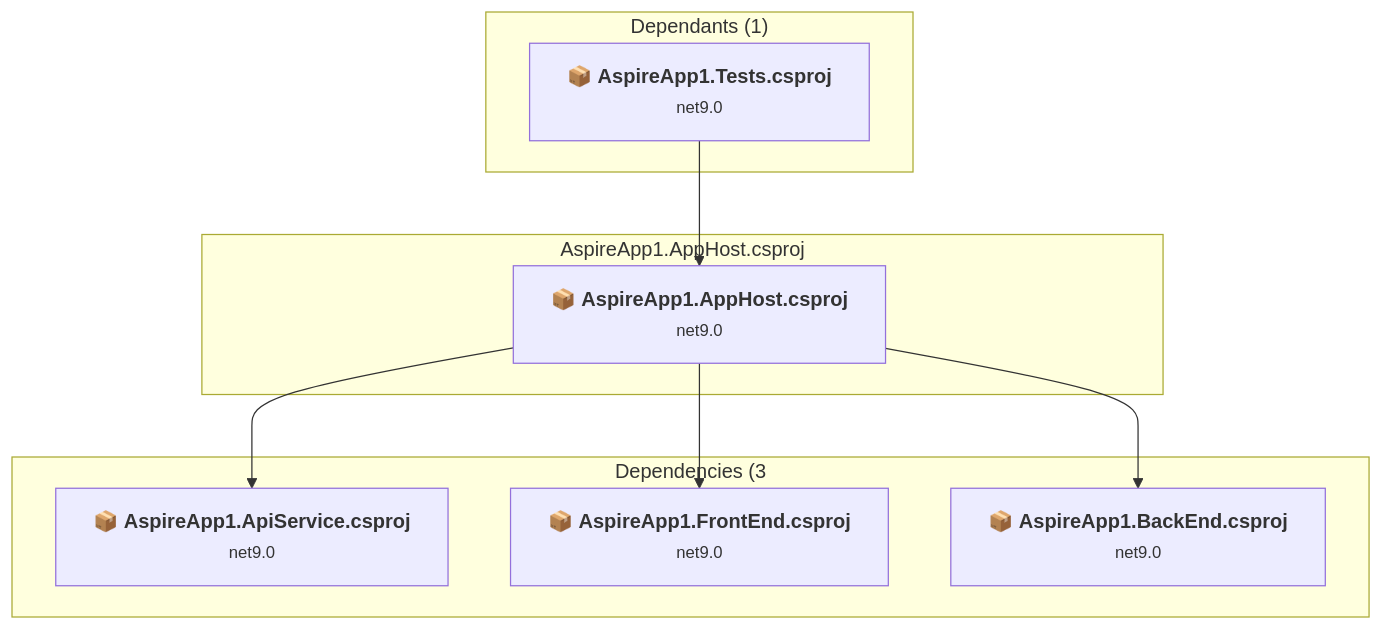
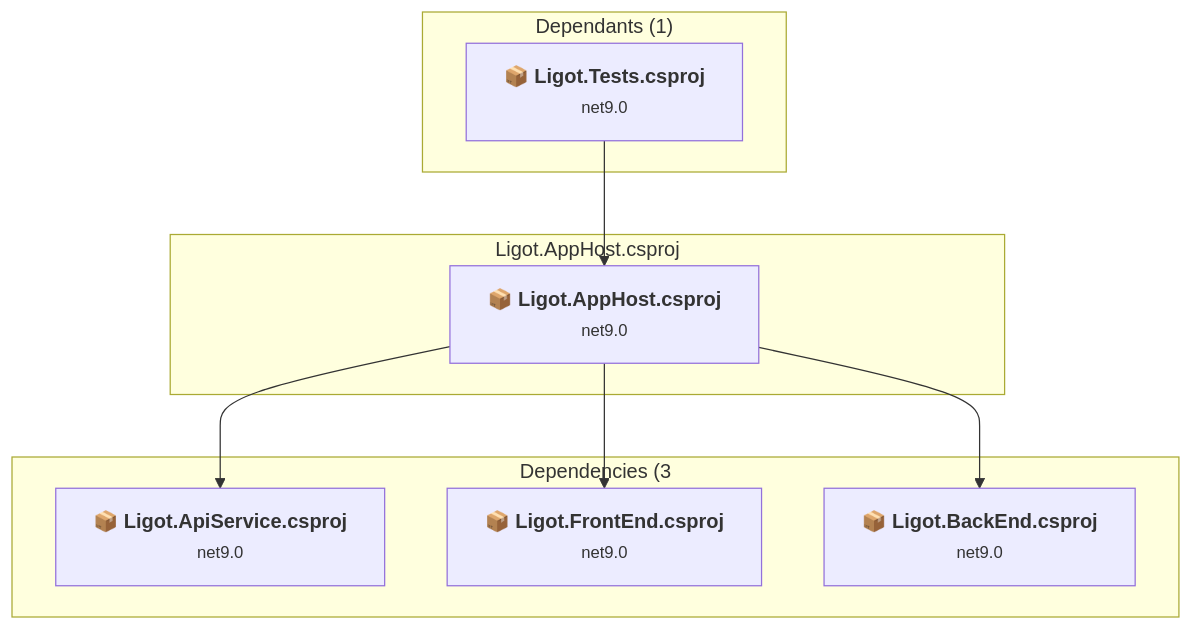
The third of 7 diagrams in .github/upgrades/assessment.md (TomizawaAtLogit/MyCRM), drawn with Mermaid before and after one commit. The commit also changed other lines of this file and 559 other files, not shown here.

Commit message:
Rename AspireApp1 → Ligot: projects, namespaces, solution, docs

````diff
--- a/.github/upgrades/assessment.md
+++ b/.github/upgrades/assessment.md
@@ -216,24 +216,24 @@
 ```mermaid
 flowchart TB
     subgraph upstream["Dependants (1)"]
-        P5["<b>📦&nbsp;AspireApp1.Tests.csproj</b><br/><small>net9.0</small>"]
-        click P5 "#aspireapp1testsaspireapp1testscsproj"
+        P5["<b>📦&nbsp;Ligot.Tests.csproj</b><br/><small>net9.0</small>"]
+        click P5 "#LigottestsLigottestscsproj"
     end
-    subgraph current["AspireApp1.AppHost.csproj"]
-        MAIN["<b>📦&nbsp;AspireApp1.AppHost.csproj</b><br/><small>net9.0</small>"]
-        click MAIN "#aspireapp1apphostaspireapp1apphostcsproj"
+    subgraph current["Ligot.AppHost.csproj"]
+        MAIN["<b>📦&nbsp;Ligot.AppHost.csproj</b><br/><small>net9.0</small>"]
+        click MAIN "#LigotapphostLigotapphostcsproj"
     end
     subgraph downstream["Dependencies (3"]
-        P3["<b>📦&nbsp;AspireApp1.ApiService.csproj</b><br/><small>net9.0</small>"]
-        P4["<b>📦&nbsp;AspireApp1.FrontEnd.csproj</b><br/><small>net9.0</small>"]
-        P6["<b>📦&nbsp;AspireApp1.BackEnd.csproj</b><br/><small>net9.0</small>"]
-        click P3 "#aspireapp1apiserviceaspireapp1apiservicecsproj"
-        click P4 "#aspireapp1webaspireapp1frontendcsproj"
-        click P6 "#aspireapp1dbapiaspireapp1backendcsproj"
+        P3["<b>📦&nbsp;Ligot.ApiService.csproj</b><br/><small>net9.0</small>"]
+        P4["<b>📦&nbsp;Ligot.FrontEnd.csproj</b><br/><small>net9.0</small>"]
+        P6["<b>📦&nbsp;Ligot.BackEnd.csproj</b><br/><small>net9.0</small>"]
+        click P3 "#LigotapiserviceLigotapiservicecsproj"
+        click P4 "#LigotwebLigotfrontendcsproj"
+        click P6 "#LigotdbapiLigotbackendcsproj"
     end
     P5 --> MAIN
     MAIN --> P3
     MAIN --> P4
     MAIN --> P6
 
 ```
````
